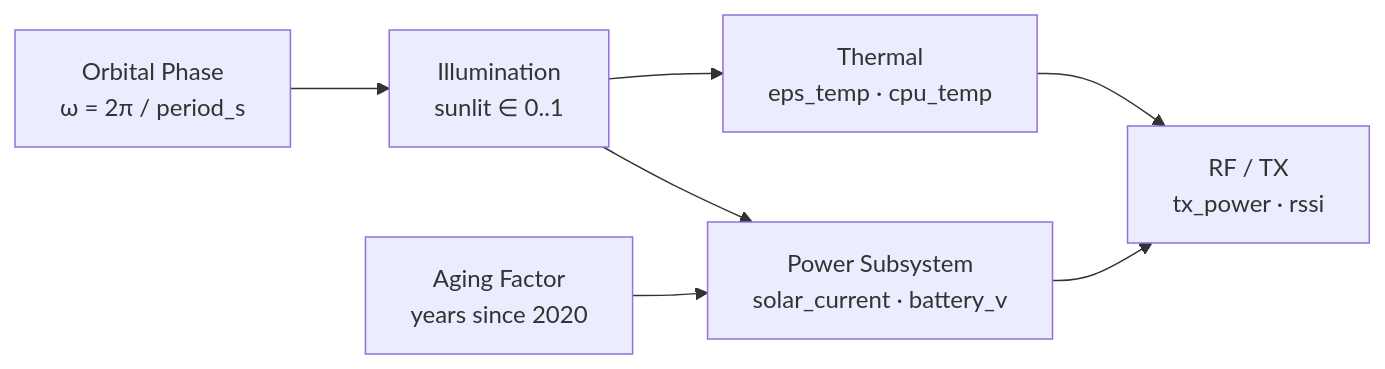
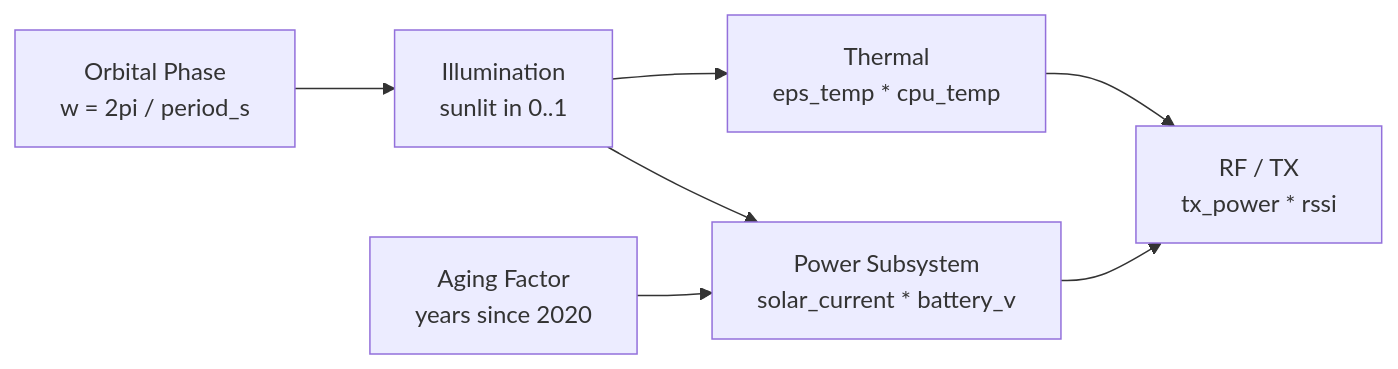
The fifth of 9 diagrams in README.md (yoohooshantanu/Downlink), drawn with Mermaid before and after one commit. The commit also changed other lines of this file, not shown here.

Commit message:
docs: fix Mermaid syntax errors preventing GitHub rendering

````diff
--- a/README.md
+++ b/README.md
@@ -228,9 +229,9 @@
 ```mermaid
 graph LR
-    OT[Orbital Phase<br/>ω = 2π / period_s] --> IL[Illumination<br/>sunlit ∈ 0..1]
-    IL --> EPS[Power Subsystem<br/>solar_current · battery_v]
-    IL --> TH[Thermal<br/>eps_temp · cpu_temp]
-    EPS --> RF[RF / TX<br/>tx_power · rssi]
+    OT["Orbital Phase<br/>w = 2pi / period_s"] --> IL["Illumination<br/>sunlit in 0..1"]
+    IL --> EPS["Power Subsystem<br/>solar_current * battery_v"]
+    IL --> TH["Thermal<br/>eps_temp * cpu_temp"]
+    EPS --> RF["RF / TX<br/>tx_power * rssi"]
     TH --> RF
-    AG[Aging Factor<br/>years since 2020] --> EPS
+    AG["Aging Factor<br/>years since 2020"] --> EPS
 ```
````
